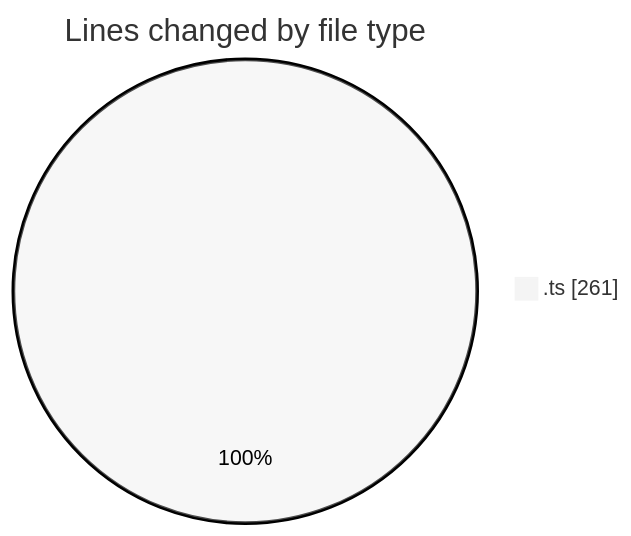
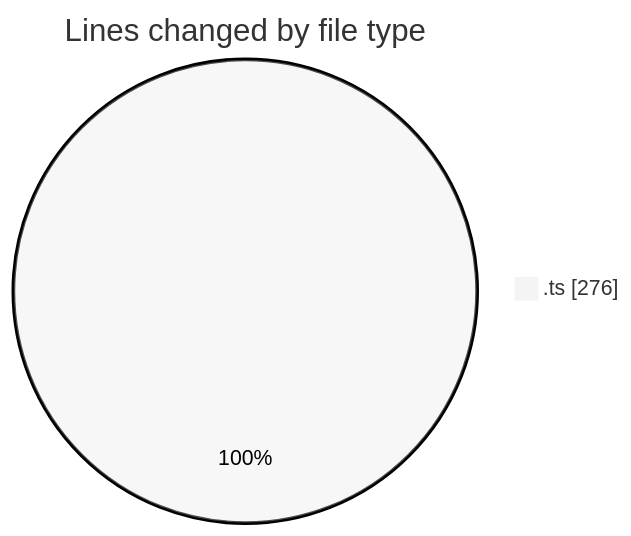
Before and after one commit to momahboobian/code-tracking: the first of 2 diagrams in 2025-01-14/github-activity-tracker/README.md, drawn with Mermaid (neutral theme). The commit also changed other lines of this file and 1 other file, not shown here.

````diff
--- a/2025-01-14/github-activity-tracker/README.md
+++ b/2025-01-14/github-activity-tracker/README.md
@@ -25,5 +25,5 @@
 ```mermaid
 pie showData
 title Lines changed by file type
-".ts" : 261
+".ts" : 276
 ```
````
